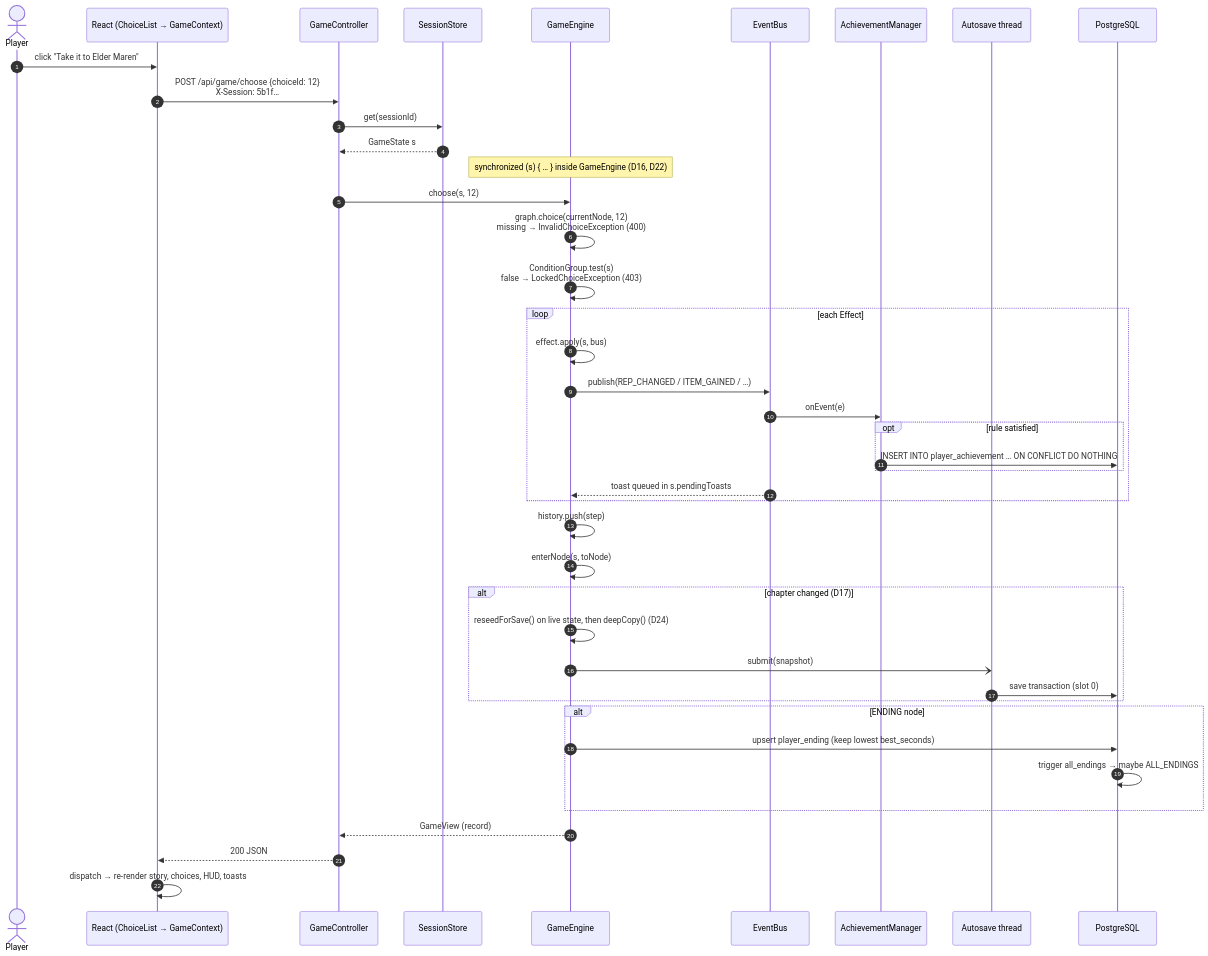
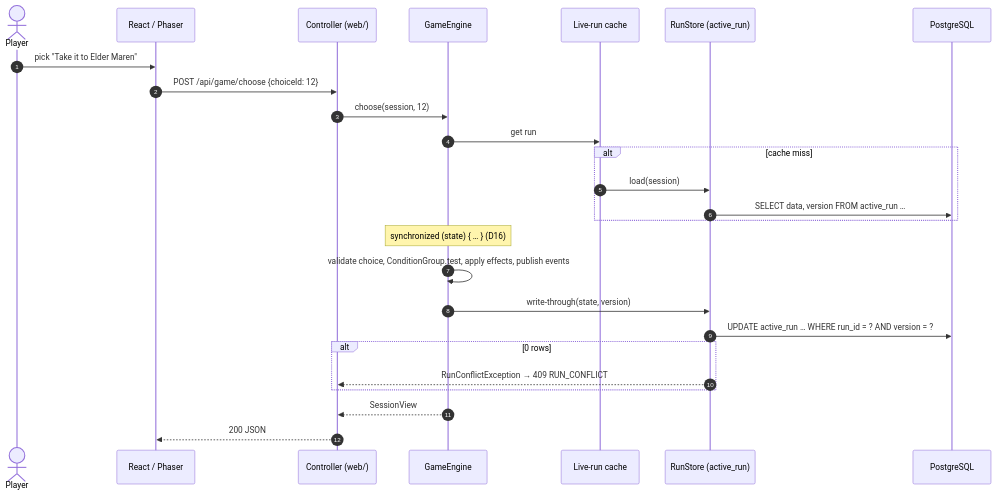
The second of 2 diagrams in docs/ARCHITECTURE.md (Shiven23-coder/shardbound), drawn with Mermaid before and after one commit. The commit also changed other lines of this file and 239 other files, not shown here.

````diff
--- a/docs/ARCHITECTURE.md
+++ b/docs/ARCHITECTURE.md
@@ -65,45 +58,29 @@
 ```mermaid
 sequenceDiagram
     autonumber
     actor P as Player
-    participant R as React (ChoiceList → GameContext)
-    participant C as GameController
-    participant S as SessionStore
+    participant R as React / Phaser
+    participant C as Controller (web/)
     participant E as GameEngine
-    participant B as EventBus
-    participant A as AchievementManager
-    participant X as Autosave thread
+    participant K as Live-run cache
+    participant S as RunStore (active_run)
     participant D as PostgreSQL
 
-    P->>R: click "Take it to Elder Maren"
-    R->>C: POST /api/game/choose {choiceId: 12}<br/>X-Session: 5b1f…
-    C->>S: get(sessionId)
-    S-->>C: GameState s
-    Note over E: synchronized (s) { … } inside GameEngine (D16, D22)
-    C->>E: choose(s, 12)
-    E->>E: graph.choice(currentNode, 12)<br/>missing → InvalidChoiceException (400)
-    E->>E: ConditionGroup.test(s)<br/>false → LockedChoiceException (403)
-    loop each Effect
-        E->>E: effect.apply(s, bus)
-        E->>B: publish(REP_CHANGED / ITEM_GAINED / …)
-        B->>A: onEvent(e)
-        opt rule satisfied
-            A->>D: INSERT INTO player_achievement … ON CONFLICT DO NOTHING
-        end
-        B-->>E: toast queued in s.pendingToasts
+    P->>R: pick "Take it to Elder Maren"
+    R->>C: POST /api/game/choose {choiceId: 12}
+    C->>E: choose(session, 12)
+    E->>K: get run
+    alt cache miss
+        K->>S: load(session)
+        S->>D: SELECT data, version FROM active_run …
     end
-    E->>E: history.push(step)
-    E->>E: enterNode(s, toNode)
-    alt chapter changed (D17)
-        E->>E: reseedForSave() on live state, then deepCopy() (D24)
-        E-)X: submit(snapshot)
-        X->>D: save transaction (slot 0)
+    Note over E: synchronized (state) { … } (D16)
+    E->>E: validate choice, ConditionGroup.test, apply effects, publish events
+    E->>S: write-through(state, version)
+    S->>D: UPDATE active_run … WHERE run_id = ? AND version = ?
+    alt 0 rows
+        S-->>C: RunConflictException → 409 RUN_CONFLICT
     end
-    alt ENDING node
-        E->>D: upsert player_ending (keep lowest best_seconds)
-        D->>D: trigger all_endings → maybe ALL_ENDINGS
-    end
-    E-->>C: GameView (record)
+    E-->>C: SessionView
     C-->>R: 200 JSON
-    R->>R: dispatch → re-render story, choices, HUD, toasts
 ```
````
